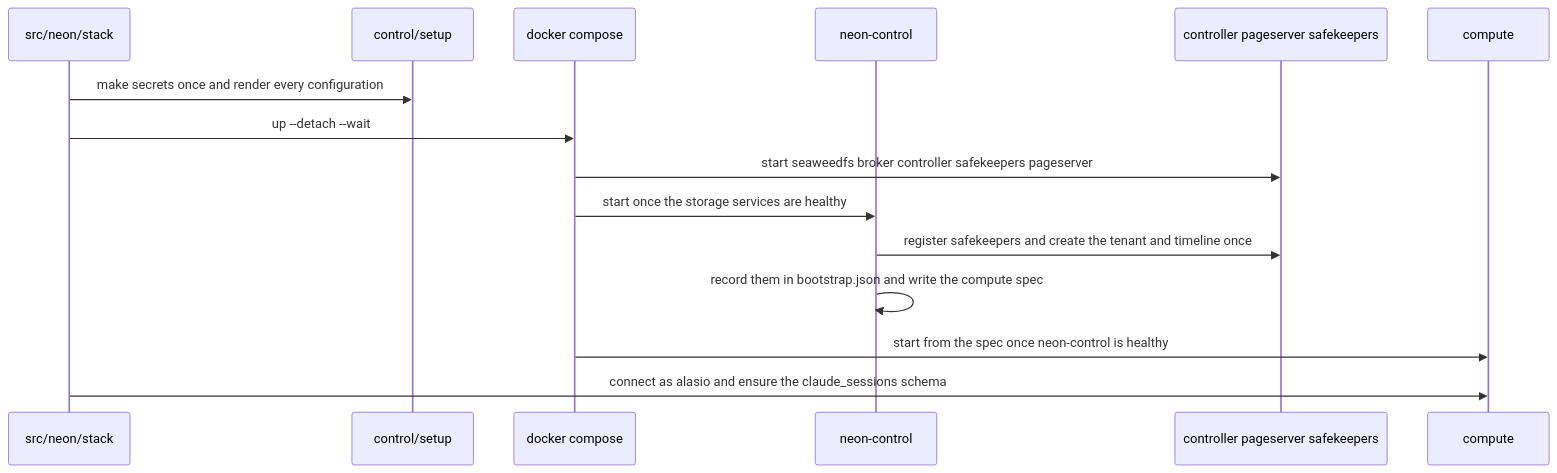
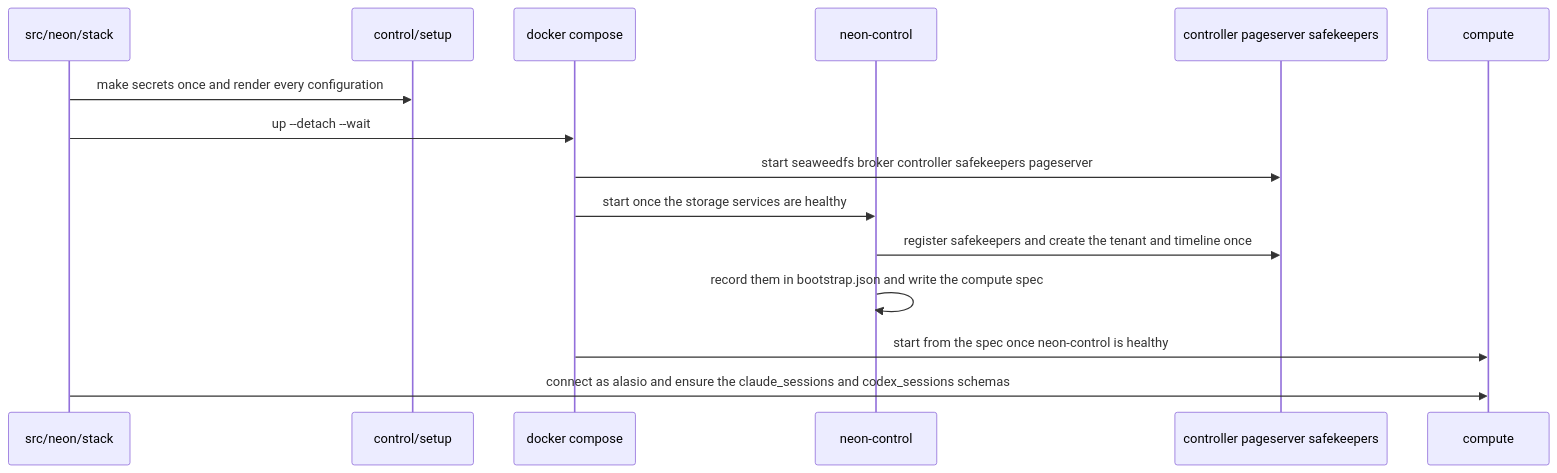
The second of 3 diagrams in neon/README.md (eaucoin/alasio), drawn with Mermaid before and after one commit. The commit also changed other lines of this file and 45 other files, not shown here.

````diff
--- a/neon/README.md
+++ b/neon/README.md
@@ -47,17 +48,17 @@
 ```mermaid
 sequenceDiagram
   participant Alasio as src/neon/stack
   participant Setup as control/setup
   participant Compose as docker compose
   participant Control as neon-control
   participant Storage as controller pageserver safekeepers
   participant Compute as compute
   Alasio->>Setup: make secrets once and render every configuration
   Alasio->>Compose: up --detach --wait
   Compose->>Storage: start seaweedfs broker controller safekeepers pageserver
   Compose->>Control: start once the storage services are healthy
   Control->>Storage: register safekeepers and create the tenant and timeline once
   Control->>Control: record them in bootstrap.json and write the compute spec
   Compose->>Compute: start from the spec once neon-control is healthy
-  Alasio->>Compute: connect as alasio and ensure the claude_sessions schema
+  Alasio->>Compute: connect as alasio and ensure the claude_sessions and codex_sessions schemas
 ```
````
